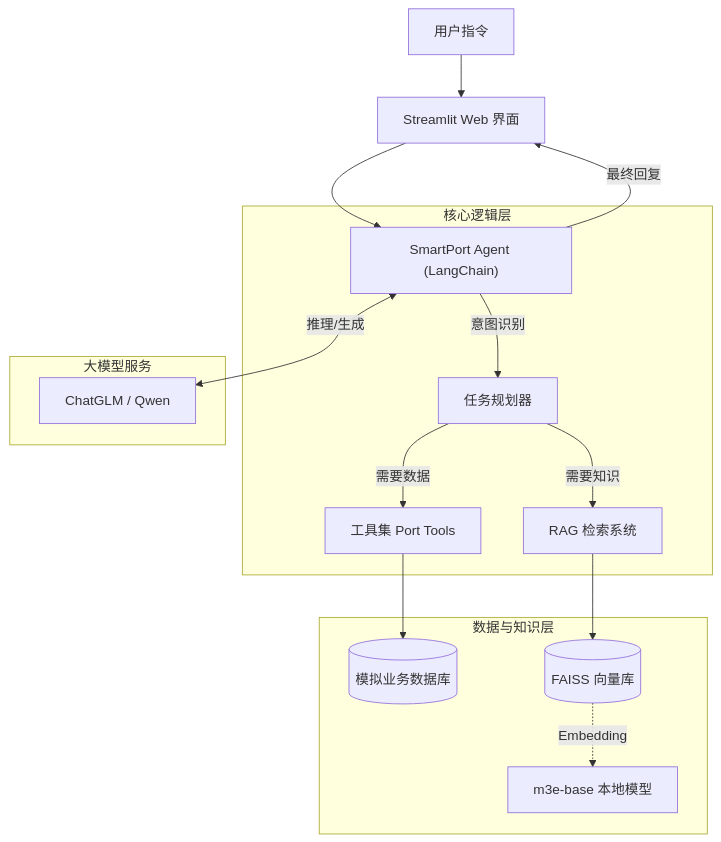
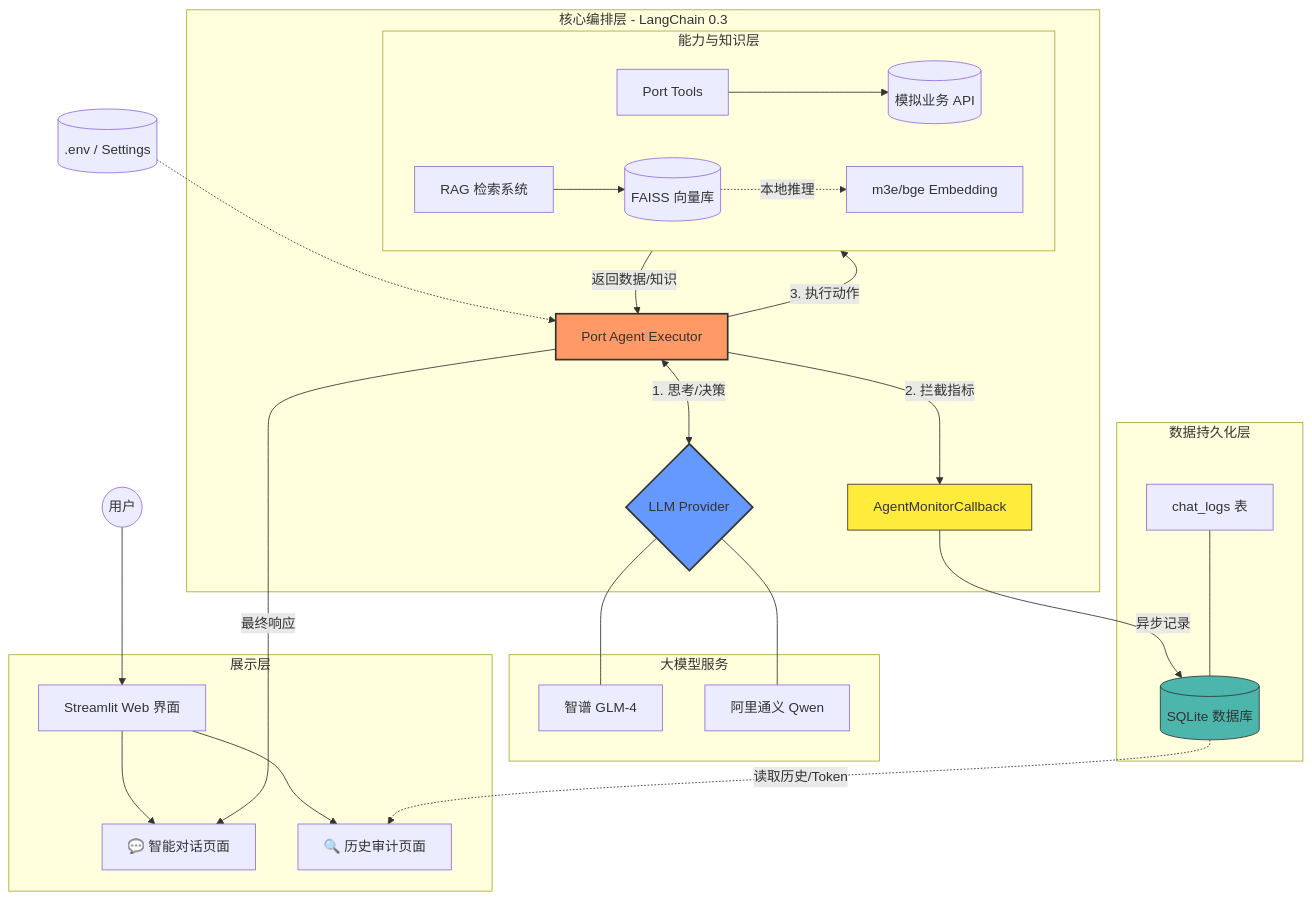
One commit to ck-unifr/SmartPortAgent changed the diagram in README.md. Above: the diagram before and after it, drawn with Mermaid. The commit also changed other lines of this file, not shown here.

````diff
--- a/README.md
+++ b/README.md
@@ -61,23 +61,56 @@
 ```mermaid
 graph TD
-    User[用户指令] --> WebUI[Streamlit Web 界面]
-    WebUI --> Agent["SmartPort Agent (LangChain)"]
-    
-    subgraph "核心逻辑层"
-        Agent -->|意图识别| Planner[任务规划器]
-        Planner -->|需要数据| Tools[工具集 Port Tools]
-        Planner -->|需要知识| RAG[RAG 检索系统]
+    %% 用户层
+    User((用户)) --> WebUI[Streamlit Web 界面]
+
+    %% 界面拆分
+    subgraph Web_Layer [展示层]
+        WebUI --> ChatPage[💬 智能对话页面]
+        WebUI --> AuditPage[🔍 历史审计页面]
     end
-    
-    subgraph "数据与知识层"
-        Tools --> MockAPI[("模拟业务数据库")]
-        RAG --> VectorDB[("FAISS 向量库")]
-        VectorDB -.->|Embedding| Model[m3e-base 本地模型]
+
+    %% 配置层
+    Config[(.env / Settings)] -.-> Agent
+
+    %% 核心编排层
+    subgraph Agent_Core [核心编排层 - LangChain 0.3]
+        Agent[Port Agent Executor]
+        Callback[AgentMonitorCallback]
+        
+        Agent <-->|1. 思考/决策| LLM
+        Agent -->|2. 拦截指标| Callback
+        Agent -->|3. 执行动作| Tools_RAG
     end
-    
-    subgraph "大模型服务"
-        Agent <-->|推理/生成| LLM[ChatGLM / Qwen]
+
+    %% 模型服务层
+    subgraph LLM_Service [大模型服务]
+        LLM{LLM Provider}
+        LLM --- Zhipu[智谱 GLM-4]
+        LLM --- Qwen[阿里通义 Qwen]
     end
-    
-    Agent -->|最终回复| WebUI
+
+    %% 能力整合层
+    subgraph Tools_RAG [能力与知识层]
+        direction LR
+        Tools[Port Tools] --> MockAPI[(模拟业务 API)]
+        RAG[RAG 检索系统] --> VectorDB[(FAISS 向量库)]
+        VectorDB -.->|本地推理| EmbedModel[m3e/bge Embedding]
+    end
+
+    %% 持久化与审计
+    subgraph Persistence_Layer [数据持久化层]
+        Callback -->|异步记录| DB[(SQLite 数据库)]
+        DB -.->|读取历史/Token| AuditPage
+        ChatLog[chat_logs 表] --- DB
+    end
+
+    %% 返回路径
+    Tools_RAG -->|返回数据/知识| Agent
+    Agent -->|最终响应| ChatPage
+
+    %% 样式美化
+    style Agent fill:#f96,stroke:#333,stroke-width:2px
+    style LLM fill:#69f,stroke:#333,stroke-width:2px
+    style DB fill:#4db6ac,stroke:#333
+    style Callback fill:#ffeb3b,stroke:#333
 ```
````
